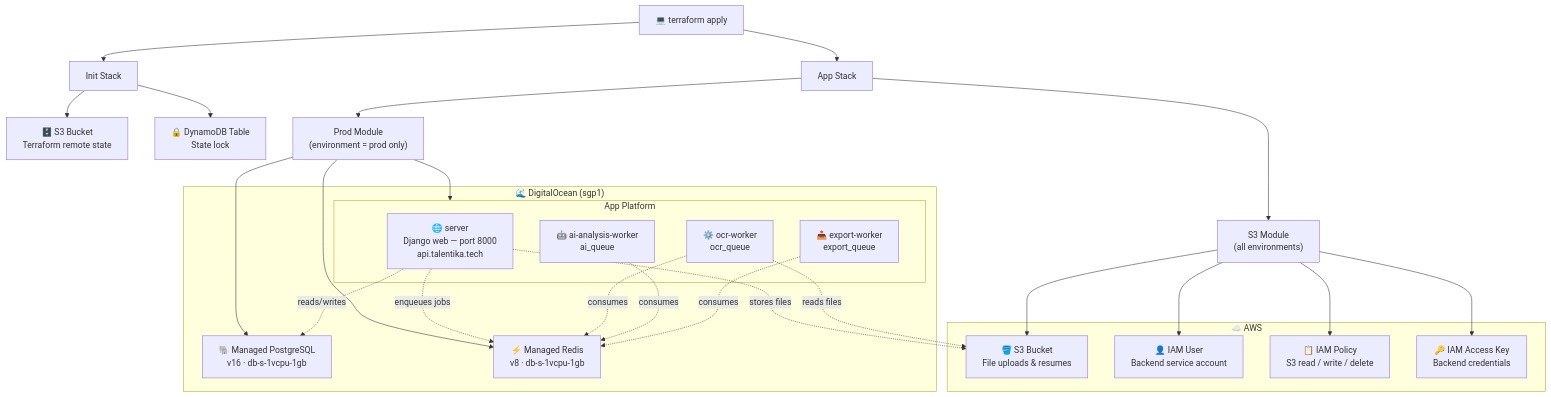
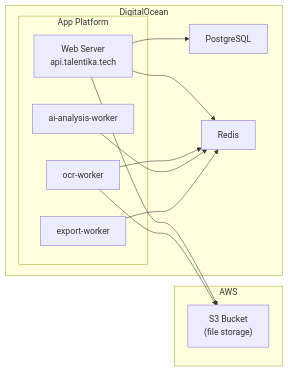
The diagram in documentation/infrastructure-diagram.md (roiceee/talentika), drawn with Mermaid before and after one commit. The commit also changed other lines of this file, not shown here.

Commit message:
docs: simplify infrastructure diagram to prod only

````diff
--- a/documentation/infrastructure-diagram.md
+++ b/documentation/infrastructure-diagram.md
@@ -3,54 +3,25 @@
 ```mermaid
-flowchart TD
-    DEV["💻 terraform apply"]
-
-    DEV --> INIT["Init Stack"]
-    DEV --> APP["App Stack"]
-
-    %% Init Stack
-    INIT --> S3_STATE["🗄️ S3 Bucket\nTerraform remote state"]
-    INIT --> DYNAMO["🔒 DynamoDB Table\nState lock"]
-
-    %% App Stack branches
-    APP --> S3_MOD["S3 Module\n(all environments)"]
-    APP --> PROD_MOD["Prod Module\n(environment = prod only)"]
-
-    %% S3 Module — AWS
-    subgraph AWS["☁️ AWS"]
-        S3_BUCKET["🪣 S3 Bucket\nFile uploads & resumes"]
-        IAM_USER["👤 IAM User\nBackend service account"]
-        IAM_POLICY["📋 IAM Policy\nS3 read / write / delete"]
-        ACCESS_KEY["🔑 IAM Access Key\nBackend credentials"]
+flowchart LR
+    subgraph AWS
+        S3["S3 Bucket\n(file storage)"]
     end
 
-    S3_MOD --> S3_BUCKET
-    S3_MOD --> IAM_USER
-    S3_MOD --> IAM_POLICY
-    S3_MOD --> ACCESS_KEY
-
-    %% Prod Module — DigitalOcean
-    subgraph DO["🌊 DigitalOcean (sgp1)"]
-        subgraph APP_PLATFORM["App Platform"]
-            SERVER["🌐 server\nDjango web — port 8000\napi.talentika.tech"]
-            OCR_W["⚙️ ocr-worker\nocr_queue"]
-            AI_W["🤖 ai-analysis-worker\nai_queue"]
-            EXP_W["📤 export-worker\nexport_queue"]
+    subgraph DigitalOcean
+        subgraph App Platform
+            SERVER["Web Server\napi.talentika.tech"]
+            OCR["ocr-worker"]
+            AI["ai-analysis-worker"]
+            EXPORT["export-worker"]
         end
-
-        PG["🐘 Managed PostgreSQL\nv16 · db-s-1vcpu-1gb"]
-        REDIS["⚡ Managed Redis\nv8 · db-s-1vcpu-1gb"]
+        PG["PostgreSQL"]
+        REDIS["Redis"]
     end
 
-    PROD_MOD --> APP_PLATFORM
-    PROD_MOD --> PG
-    PROD_MOD --> REDIS
-
-    %% Runtime connections
-    SERVER -.->|reads/writes| PG
-    SERVER -.->|enqueues jobs| REDIS
-    OCR_W -.->|consumes| REDIS
-    AI_W  -.->|consumes| REDIS
-    EXP_W -.->|consumes| REDIS
-    SERVER -.->|stores files| S3_BUCKET
-    OCR_W  -.->|reads files| S3_BUCKET
+    SERVER --> PG
+    SERVER --> REDIS
+    SERVER --> S3
+    OCR --> REDIS
+    OCR --> S3
+    AI --> REDIS
+    EXPORT --> REDIS
 ```
````
